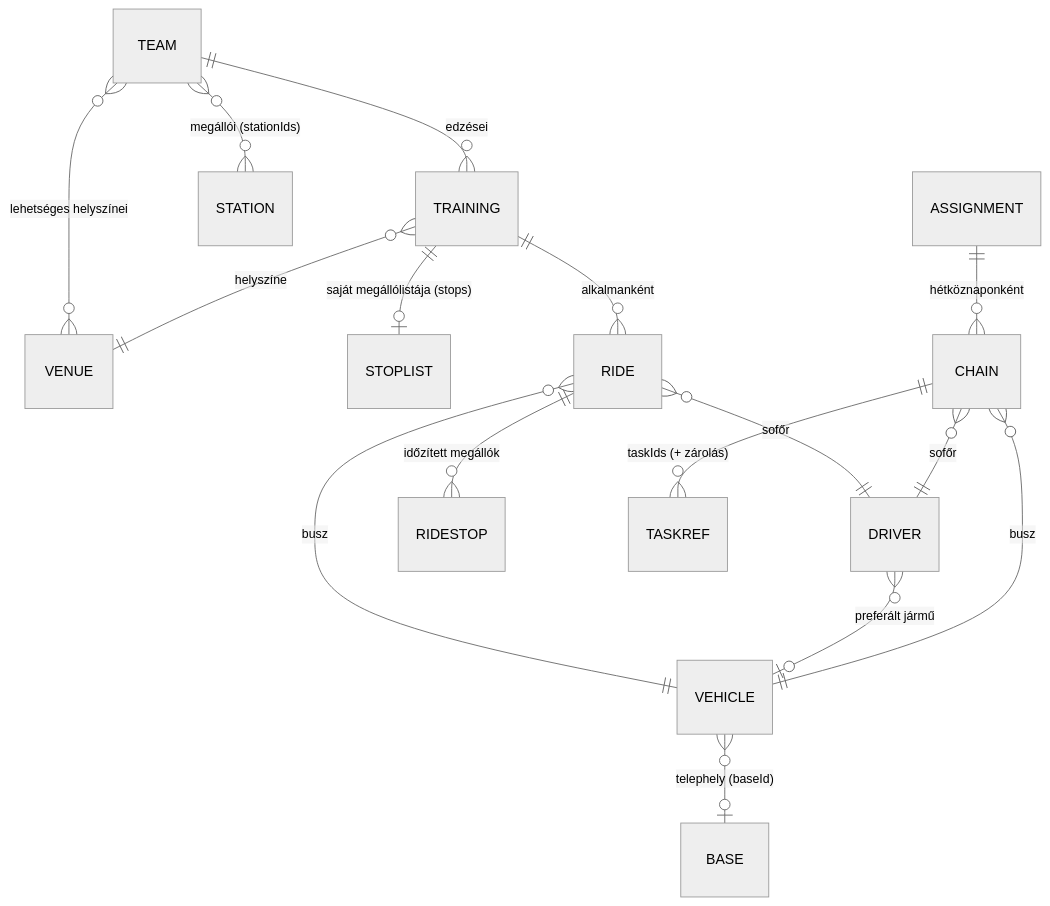
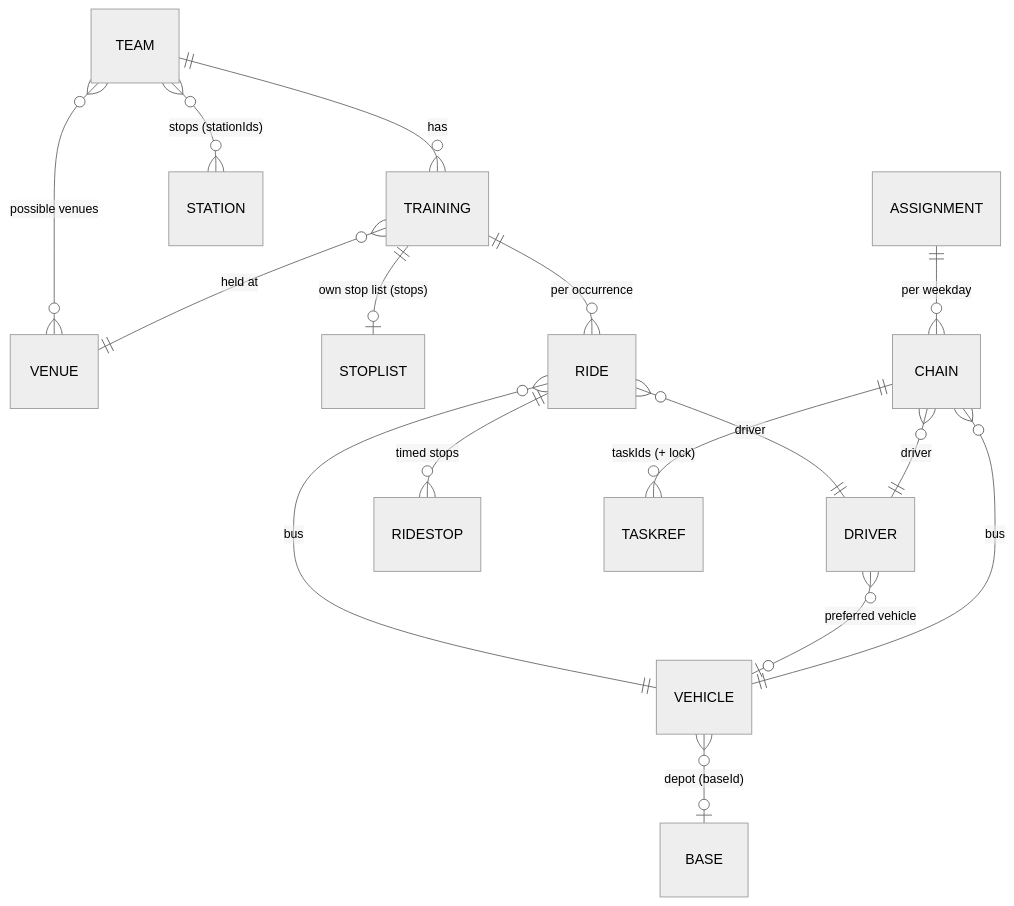
One commit to botond-berta/fuvarterv changed the third of 4 diagrams in docs/ARCHITECTURE.md. Above: the diagram before and after it, drawn with Mermaid (neutral theme). The commit also changed other lines of this file and 70 other files, not shown here.

````diff
--- a/docs/ARCHITECTURE.md
+++ b/docs/ARCHITECTURE.md
@@ -504,18 +277,18 @@
 ```mermaid
 erDiagram
-    TEAM ||--o{ TRAINING : "edzései"
-    TEAM }o--o{ STATION : "megállói (stationIds)"
-    TEAM }o--o{ VENUE : "lehetséges helyszínei"
-    TRAINING }o--|| VENUE : "helyszíne"
-    TRAINING ||--o| STOPLIST : "saját megállólistája (stops)"
-    TRAINING ||--o{ RIDE : "alkalmanként"
-    RIDE }o--|| VEHICLE : "busz"
-    RIDE }o--|| DRIVER : "sofőr"
-    RIDE ||--o{ RIDESTOP : "időzített megállók"
-    VEHICLE }o--o| BASE : "telephely (baseId)"
-    DRIVER }o--o| VEHICLE : "preferált jármű"
-    ASSIGNMENT ||--o{ CHAIN : "hétköznaponként"
-    CHAIN }o--|| DRIVER : "sofőr"
-    CHAIN }o--|| VEHICLE : "busz"
-    CHAIN ||--o{ TASKREF : "taskIds (+ zárolás)"
+    TEAM ||--o{ TRAINING : "has"
+    TEAM }o--o{ STATION : "stops (stationIds)"
+    TEAM }o--o{ VENUE : "possible venues"
+    TRAINING }o--|| VENUE : "held at"
+    TRAINING ||--o| STOPLIST : "own stop list (stops)"
+    TRAINING ||--o{ RIDE : "per occurrence"
+    RIDE }o--|| VEHICLE : "bus"
+    RIDE }o--|| DRIVER : "driver"
+    RIDE ||--o{ RIDESTOP : "timed stops"
+    VEHICLE }o--o| BASE : "depot (baseId)"
+    DRIVER }o--o| VEHICLE : "preferred vehicle"
+    ASSIGNMENT ||--o{ CHAIN : "per weekday"
+    CHAIN }o--|| DRIVER : "driver"
+    CHAIN }o--|| VEHICLE : "bus"
+    CHAIN ||--o{ TASKREF : "taskIds (+ lock)"
 ```
````
